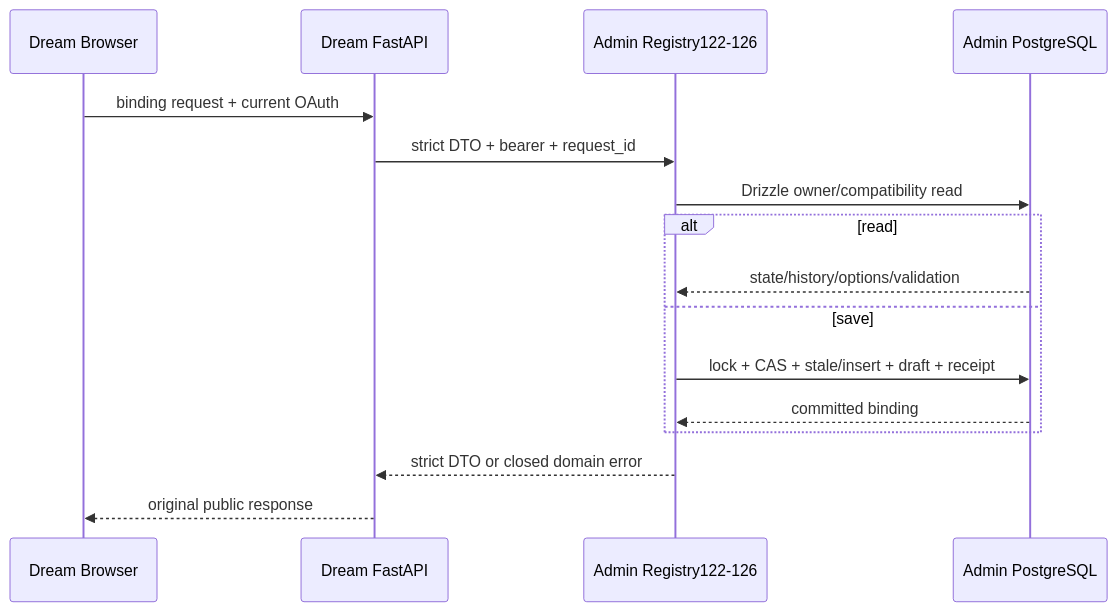
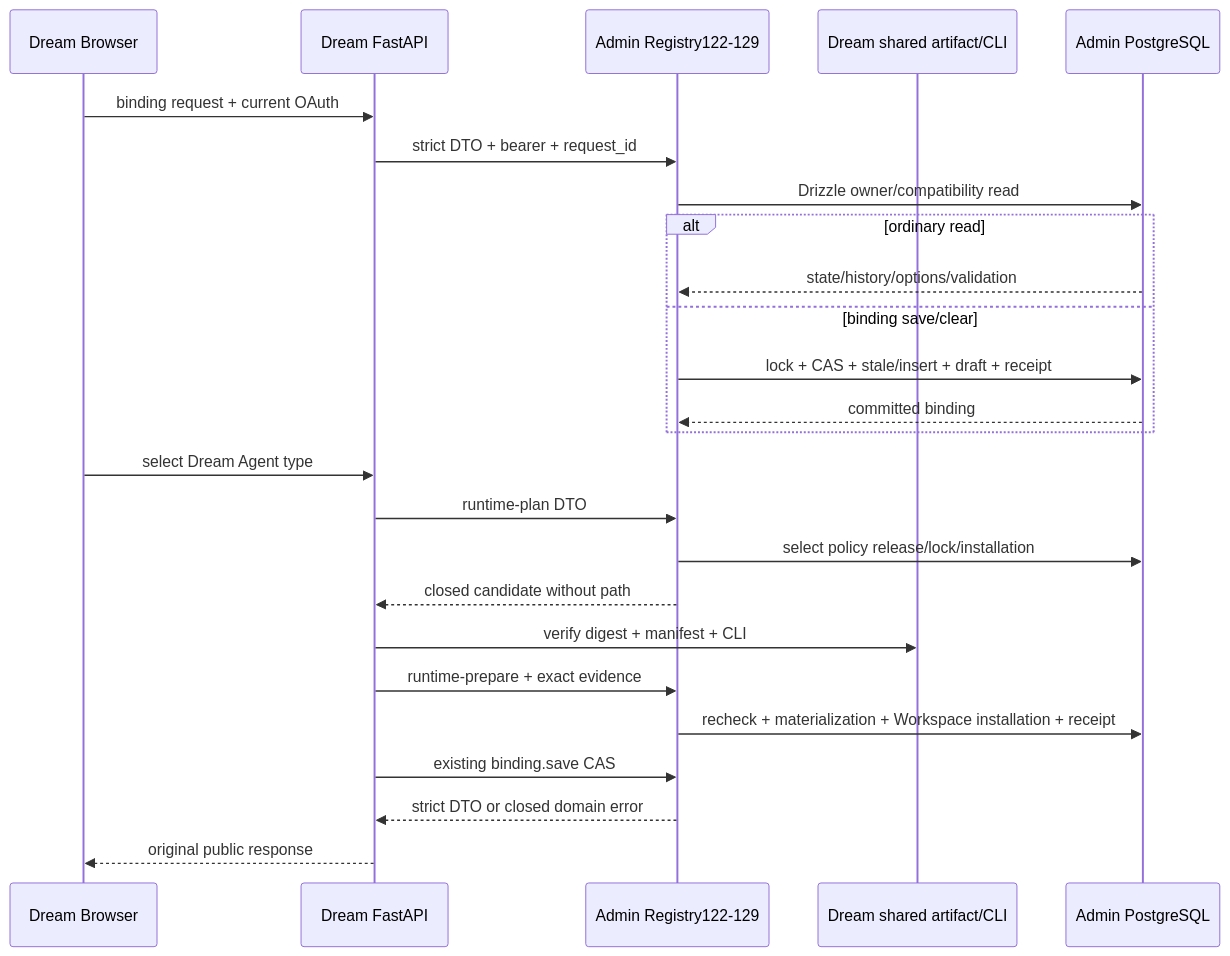
The first of 7 diagrams in docs/architecture/admin-dream-auth-data-contract.md (glide-the/dream-im-platform), drawn with Mermaid before and after one commit. The commit also changed other lines of this file and 18 other files, not shown here.

Commit message:
feat(dream): own deck agent type runtime metadata

````diff
--- a/docs/architecture/admin-dream-auth-data-contract.md
+++ b/docs/architecture/admin-dream-auth-data-contract.md
@@ -30,18 +33,27 @@
 ```mermaid
 sequenceDiagram
   participant B as Dream Browser
   participant D as Dream FastAPI
-  participant A as Admin Registry122-126
+  participant A as Admin Registry122-129
+  participant F as Dream shared artifact/CLI
   participant P as Admin PostgreSQL
   B->>D: binding request + current OAuth
   D->>A: strict DTO + bearer + request_id
   A->>P: Drizzle owner/compatibility read
-  alt read
+  alt ordinary read
     P-->>A: state/history/options/validation
-  else save
+  else binding save/clear
     A->>P: lock + CAS + stale/insert + draft + receipt
     P-->>A: committed binding
   end
+  B->>D: select Dream Agent type
+  D->>A: runtime-plan DTO
+  A->>P: select policy release/lock/installation
+  A-->>D: closed candidate without path
+  D->>F: verify digest + manifest + CLI
+  D->>A: runtime-prepare + exact evidence
+  A->>P: recheck + materialization + Workspace installation + receipt
+  D->>A: existing binding.save CAS
   A-->>D: strict DTO or closed domain error
   D-->>B: original public response
 ```
````
